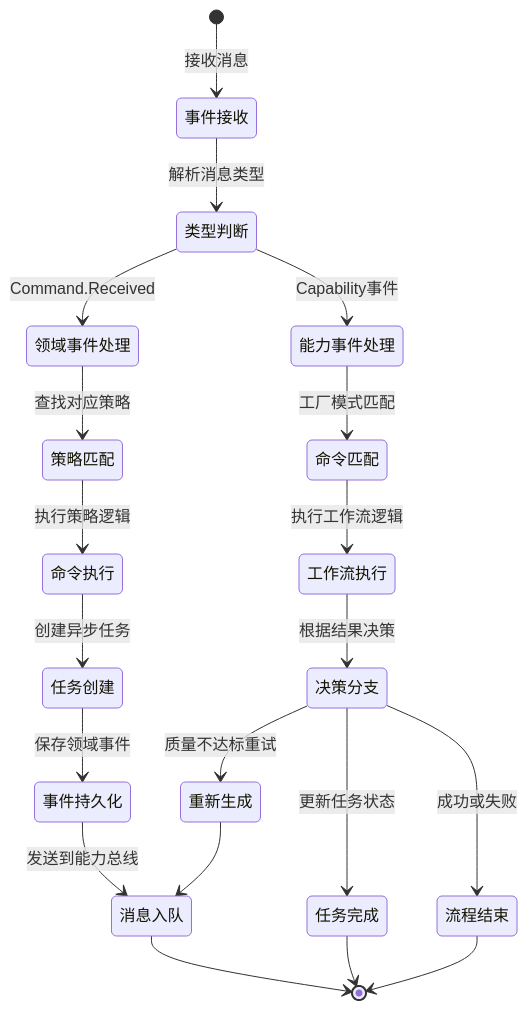
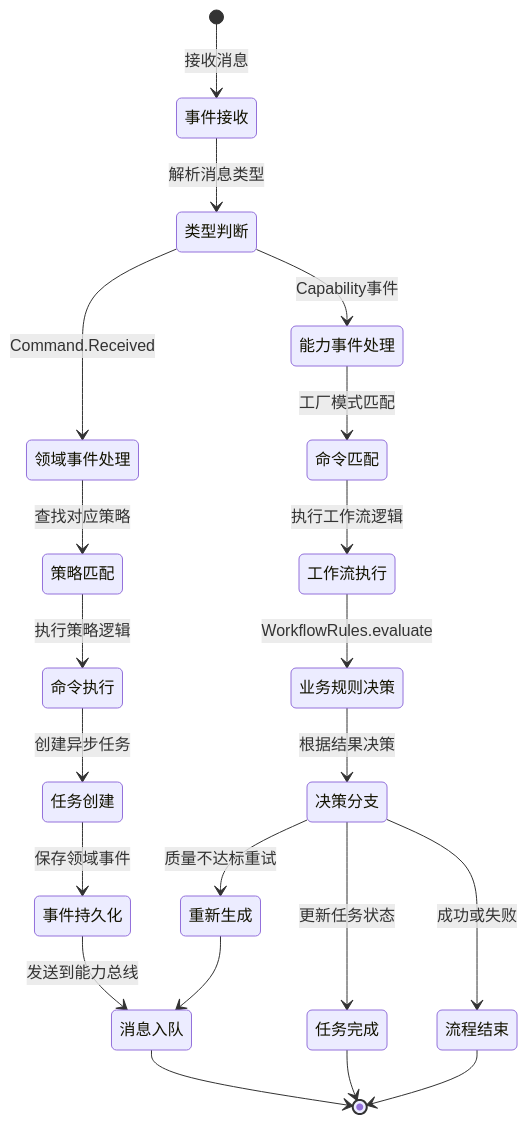
Before and after one commit to zhiyue/infinite-scribe: diagram 36 of 38 in apps/backend/src/agents/orchestrator/README.md, drawn with Mermaid. The commit also changed other lines of this file and 1 other file, not shown here.

````diff
--- a/apps/backend/src/agents/orchestrator/README.md
+++ b/apps/backend/src/agents/orchestrator/README.md
@@ -1905,25 +2217,26 @@
 ```mermaid
 stateDiagram-v2
     [*] --> 事件接收: 接收消息
     事件接收 --> 类型判断: 解析消息类型
     类型判断 --> 领域事件处理: Command.Received
     类型判断 --> 能力事件处理: Capability事件
     
     领域事件处理 --> 策略匹配: 查找对应策略
     策略匹配 --> 命令执行: 执行策略逻辑
     命令执行 --> 任务创建: 创建异步任务
     任务创建 --> 事件持久化: 保存领域事件
     事件持久化 --> 消息入队: 发送到能力总线
     
     能力事件处理 --> 命令匹配: 工厂模式匹配
     命令匹配 --> 工作流执行: 执行工作流逻辑
-    工作流执行 --> 决策分支: 根据结果决策
+    工作流执行 --> 业务规则决策: WorkflowRules.evaluate
+    业务规则决策 --> 决策分支: 根据结果决策
     决策分支 --> 任务完成: 更新任务状态
     决策分支 --> 重新生成: 质量不达标重试
     决策分支 --> 流程结束: 成功或失败
     
     消息入队 --> [*]
     任务完成 --> [*]
     重新生成 --> 消息入队
     流程结束 --> [*]
 ```
````
